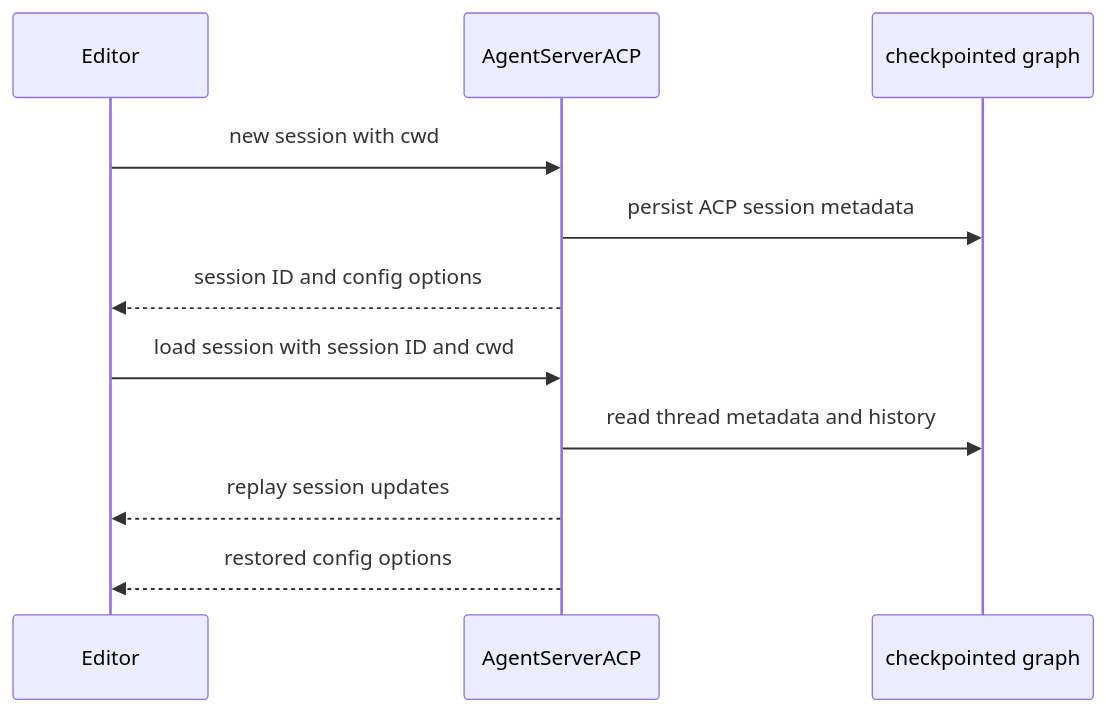
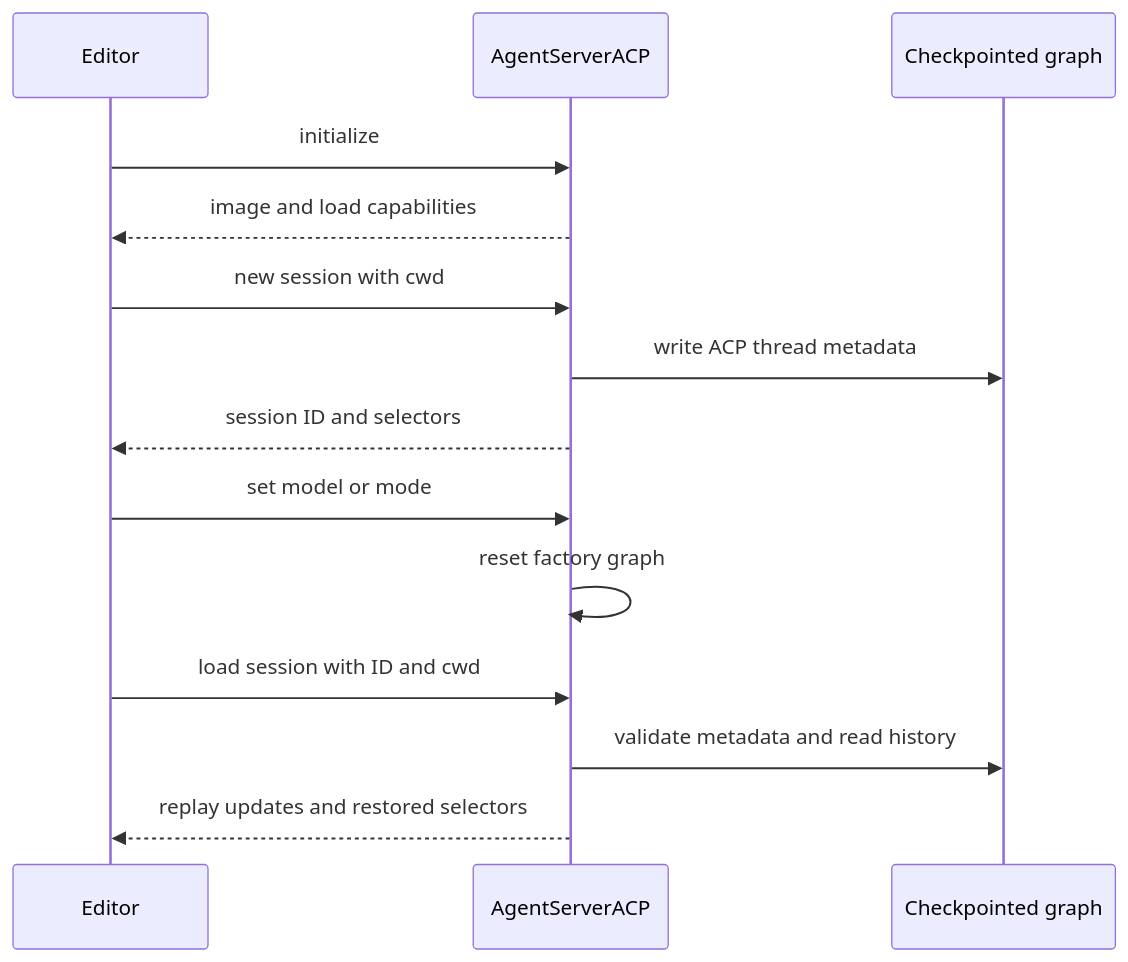
Before and after one commit to langchain-ai/deepagents: the first of 2 diagrams in openwiki/integrations/acp.md, drawn with Mermaid. The commit also changed other lines of this file and 62 other files, not shown here.

````diff
--- a/openwiki/integrations/acp.md
+++ b/openwiki/integrations/acp.md
@@ -70,13 +74,16 @@
 ```mermaid
 sequenceDiagram
     participant Editor
-    participant Adapter as AgentServerACP
-    participant Graph as checkpointed graph
-    Editor->>Adapter: new session with cwd
-    Adapter->>Graph: persist ACP session metadata
-    Adapter-->>Editor: session ID and config options
-    Editor->>Adapter: load session with session ID and cwd
-    Adapter->>Graph: read thread metadata and history
-    Adapter-->>Editor: replay session updates
-    Adapter-->>Editor: restored config options
+    participant Bridge as AgentServerACP
+    participant Graph as Checkpointed graph
+    Editor->>Bridge: initialize
+    Bridge-->>Editor: image and load capabilities
+    Editor->>Bridge: new session with cwd
+    Bridge->>Graph: write ACP thread metadata
+    Bridge-->>Editor: session ID and selectors
+    Editor->>Bridge: set model or mode
+    Bridge->>Bridge: reset factory graph
+    Editor->>Bridge: load session with ID and cwd
+    Bridge->>Graph: validate metadata and read history
+    Bridge-->>Editor: replay updates and restored selectors
 ```
````
